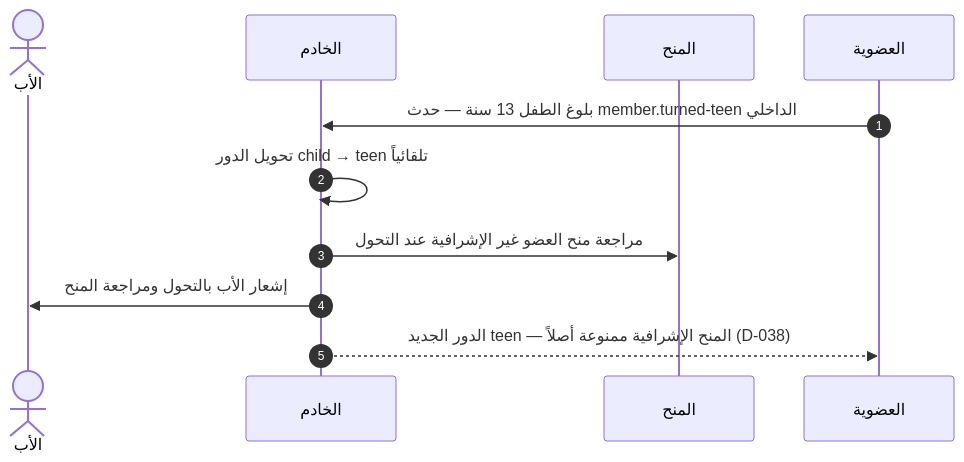
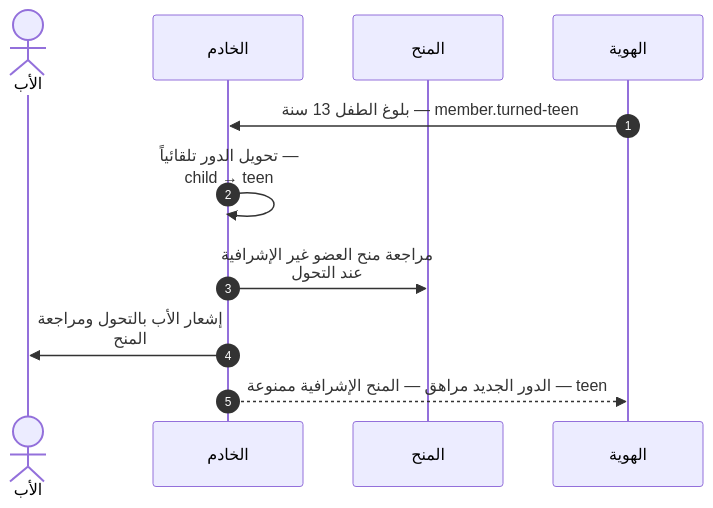
One commit to Bassam-mohammed-alqaeadi/family-os-v2 changed diagram 11 of 39 in docs/family-os/governance/phases/phase-1/S1-03-family-roles-and-permissions/DIAGRAMS.md. Above: the diagram before and after it, drawn with Mermaid. The commit also changed other lines of this file, not shown here.

````diff
--- a/docs/family-os/governance/phases/phase-1/S1-03-family-roles-and-permissions/DIAGRAMS.md
+++ b/docs/family-os/governance/phases/phase-1/S1-03-family-roles-and-permissions/DIAGRAMS.md
@@ -486,13 +534,14 @@
 ```mermaid
+%%{init: {"sequence": {"wrap": true}}}%%
 sequenceDiagram
     autonumber
     actor Father as الأب
     participant Ktor as الخادم
     participant Grants as المنح
-    participant S102 as العضوية
-    S102->>Ktor: بلوغ الطفل 13 سنة — حدث member.turned-teen الداخلي
-    Ktor->>Ktor: تحويل الدور child → teen تلقائياً
+    participant S102 as الهوية
+    S102->>Ktor: بلوغ الطفل 13 سنة — member.turned-teen
+    Ktor->>Ktor: تحويل الدور تلقائياً — child → teen
     Ktor->>Grants: مراجعة منح العضو غير الإشرافية عند التحول
     Ktor->>Father: إشعار الأب بالتحول ومراجعة المنح
-    Ktor-->>S102: الدور الجديد teen — المنح الإشرافية ممنوعة أصلاً (D-038)
+    Ktor-->>S102: الدور الجديد مراهق — المنح الإشرافية ممنوعة — teen
 ```
````
